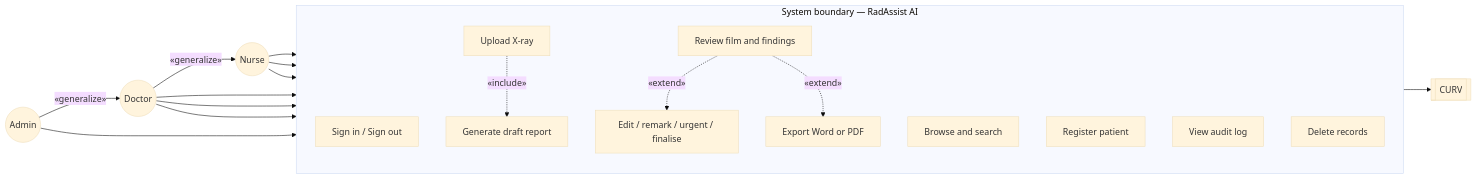
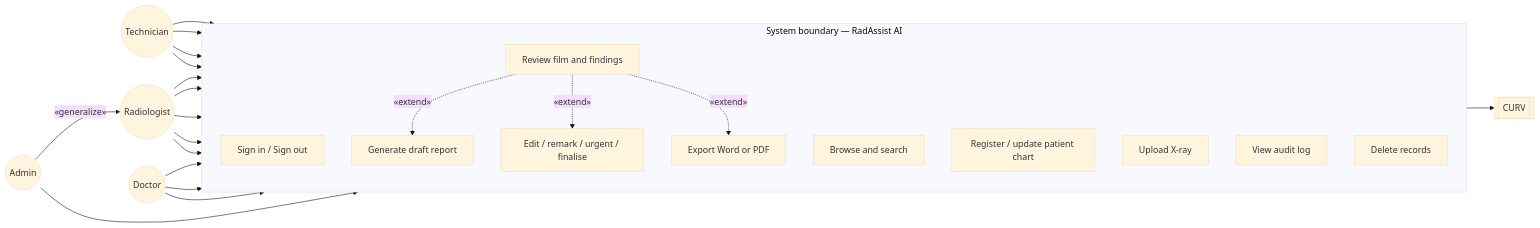
The first of 7 diagrams in docs/fyp-project-plan-and-initial-analysis.md (23226609/Radassist), drawn with Mermaid (base theme) before and after one commit. The commit also changed other lines of this file and 53 other files, not shown here.

````diff
--- a/docs/fyp-project-plan-and-initial-analysis.md
+++ b/docs/fyp-project-plan-and-initial-analysis.md
@@ -306,41 +315,48 @@
 ```mermaid
 flowchart LR
-  Nurse((Nurse))
-  Doctor((Doctor))
+  Tech((Technician))
+  Rad((Radiologist))
+  Doc((Doctor))
   Admin((Admin))
 
-  Admin -->|«generalize»| Doctor
-  Doctor -->|«generalize»| Nurse
+  Admin -->|«generalize»| Rad
 
   subgraph SYS["System boundary — RadAssist AI"]
     direction TB
     UC_session["Sign in / Sign out"]
     UC_browse["Browse and search"]
     UC_review["Review film and findings"]
-    UC_patient["Register patient"]
+    UC_patient["Register / update patient chart"]
     UC_upload["Upload X-ray"]
     UC_gen["Generate draft report"]
     UC_edit["Edit / remark / urgent / finalise"]
     UC_export["Export Word or PDF"]
     UC_audit["View audit log"]
     UC_delete["Delete records"]
 
-    UC_upload -.->|«include»| UC_gen
+    UC_review -.->|«extend»| UC_gen
     UC_review -.->|«extend»| UC_edit
     UC_review -.->|«extend»| UC_export
   end
 
   CURV[[CURV]]
 
-  Nurse --> UC_session
-  Nurse --> UC_browse
-  Nurse --> UC_review
+  Tech --> UC_session
+  Tech --> UC_browse
+  Tech --> UC_patient
+  Tech --> UC_upload
 
-  Doctor --> UC_patient
-  Doctor --> UC_upload
-  Doctor --> UC_audit
+  Rad --> UC_session
+  Rad --> UC_browse
+  Rad --> UC_review
+  Rad --> UC_patient
+  Rad --> UC_audit
+
+  Doc --> UC_session
+  Doc --> UC_browse
+  Doc --> UC_review
 
   Admin --> UC_delete
 
   UC_gen --> CURV
 ```
````
